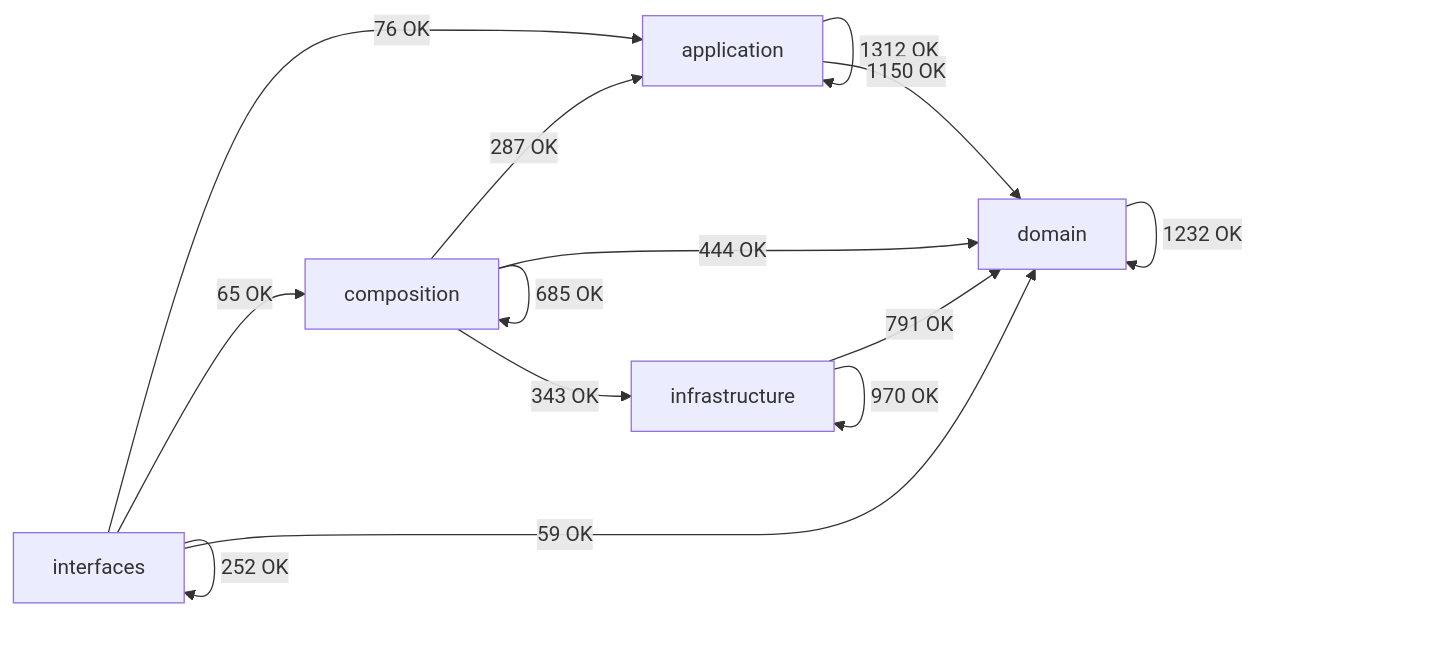
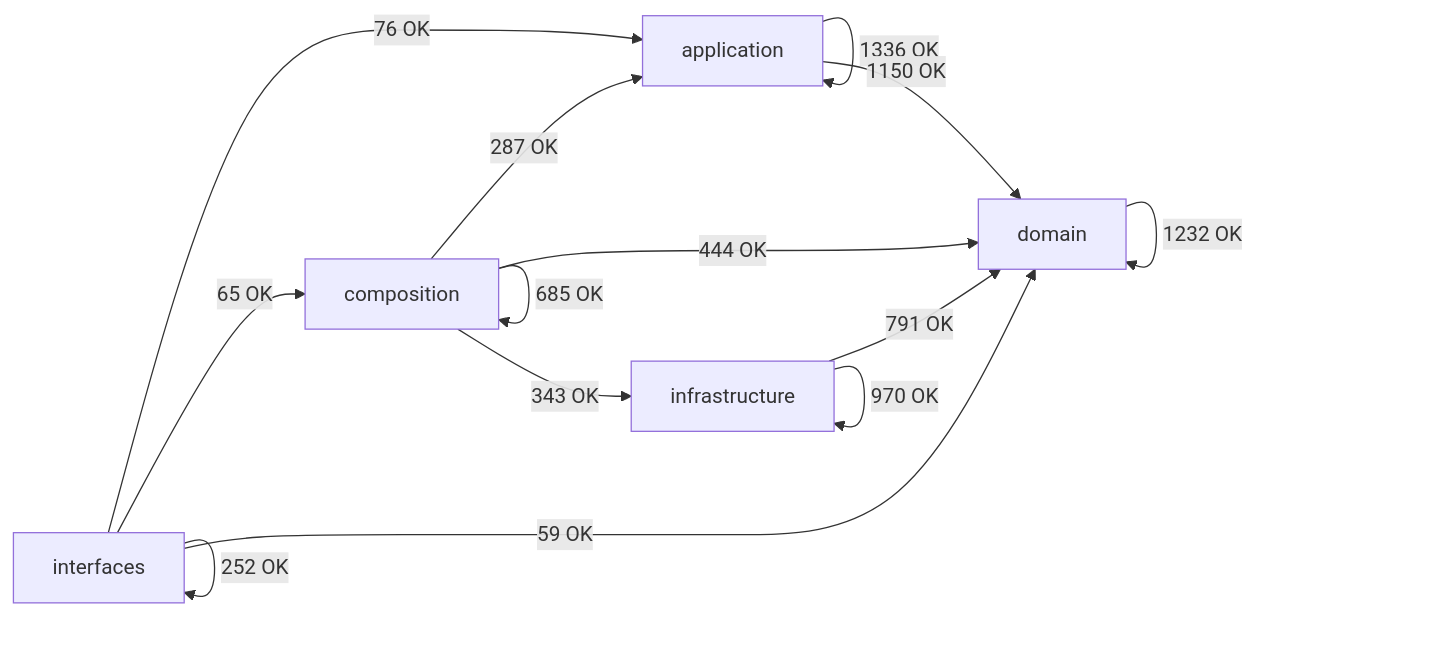
The diagram in docs/02-architecture/generated/module-dependency-map.md (SatoryKono/BioactivityDataAcquisition), drawn with Mermaid before and after one commit. The commit also changed other lines of this file and 74 other files, not shown here.

````diff
--- a/docs/02-architecture/generated/module-dependency-map.md
+++ b/docs/02-architecture/generated/module-dependency-map.md
@@ -17,21 +17,21 @@
 ```mermaid
 flowchart LR
     domain[domain]
     application[application]
     infrastructure[infrastructure]
     composition[composition]
     interfaces[interfaces]
-    application -->|1312 OK| application
+    application -->|1336 OK| application
     application -->|1150 OK| domain
     composition -->|287 OK| application
     composition -->|685 OK| composition
     composition -->|444 OK| domain
     composition -->|343 OK| infrastructure
     domain -->|1232 OK| domain
     infrastructure -->|791 OK| domain
     infrastructure -->|970 OK| infrastructure
     interfaces -->|76 OK| application
     interfaces -->|65 OK| composition
     interfaces -->|59 OK| domain
     interfaces -->|252 OK| interfaces
 ```
````
